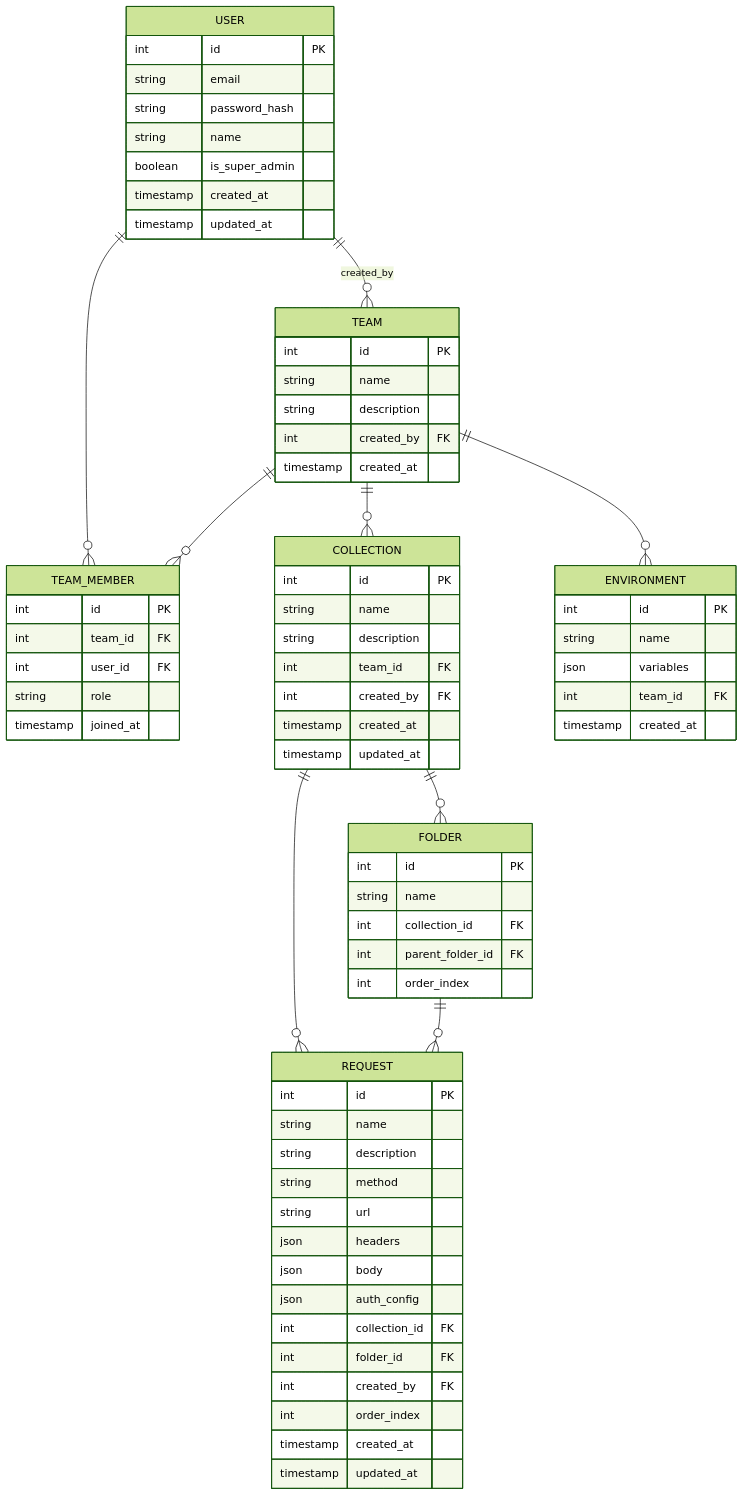
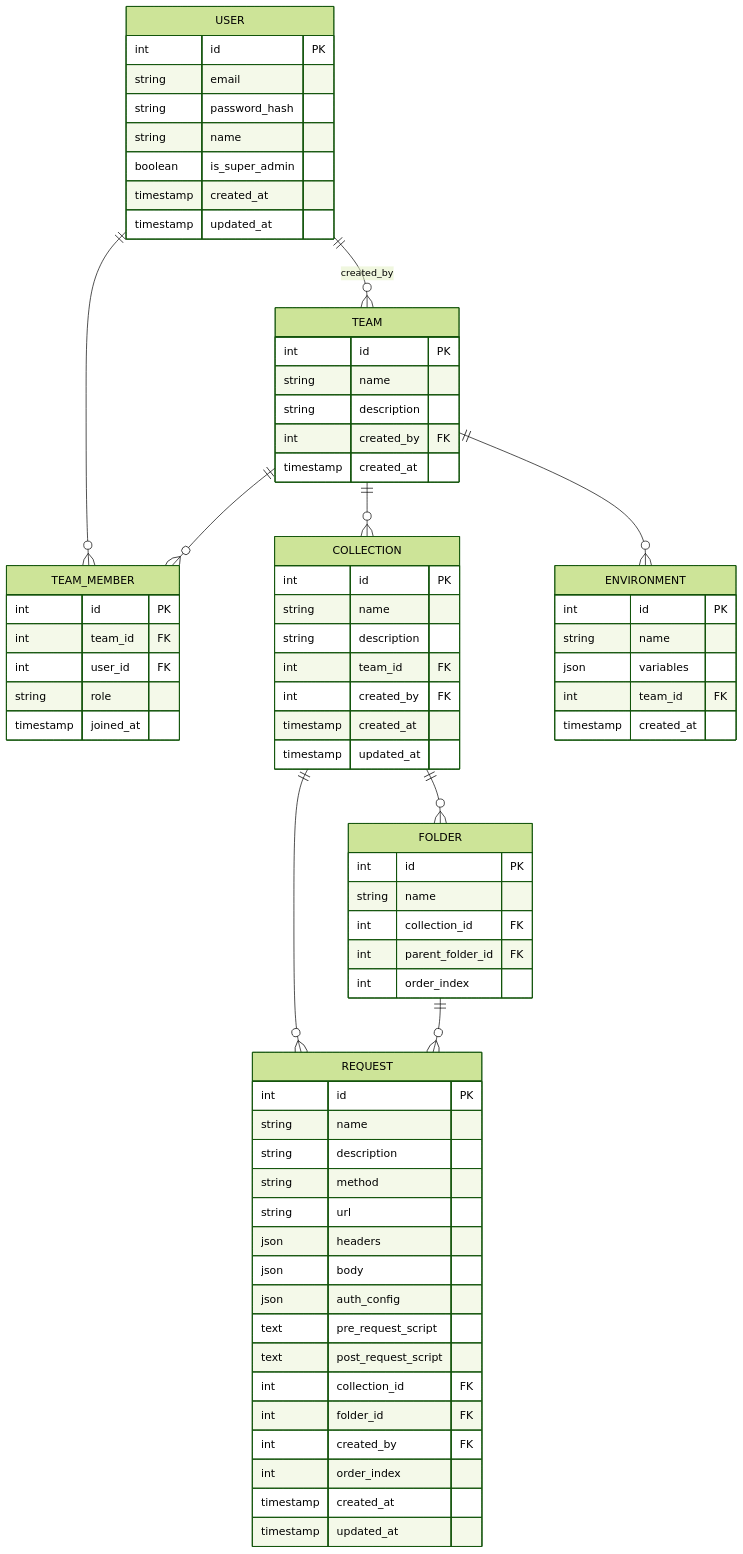
Before and after one commit to abdullahPrasetio/wapify: the second of 2 diagrams in docs/prd.md, drawn with Mermaid (forest theme). The commit also changed other lines of this file and 25 other files, not shown here.

````diff
--- a/docs/prd.md
+++ b/docs/prd.md
@@ -237,74 +241,76 @@
 ```mermaid
 erDiagram
     USER {
         int id PK
         string email
         string password_hash
         string name
         boolean is_super_admin
         timestamp created_at
         timestamp updated_at
     }
     TEAM {
         int id PK
         string name
         string description
         int created_by FK
         timestamp created_at
     }
     TEAM_MEMBER {
         int id PK
         int team_id FK
         int user_id FK
         string role
         timestamp joined_at
     }
     COLLECTION {
         int id PK
         string name
         string description
         int team_id FK
         int created_by FK
         timestamp created_at
         timestamp updated_at
     }
     FOLDER {
         int id PK
         string name
         int collection_id FK
         int parent_folder_id FK
         int order_index
     }
     REQUEST {
         int id PK
         string name
         string description
         string method
         string url
         json headers
         json body
         json auth_config
+        text pre_request_script
+        text post_request_script
         int collection_id FK
         int folder_id FK
         int created_by FK
         int order_index
         timestamp created_at
         timestamp updated_at
     }
     ENVIRONMENT {
         int id PK
         string name
         json variables
         int team_id FK
         timestamp created_at
     }
 
     USER ||--o{ TEAM_MEMBER : ""
     USER ||--o{ TEAM : "created_by"
     TEAM ||--o{ TEAM_MEMBER : ""
     TEAM ||--o{ COLLECTION : ""
     TEAM ||--o{ ENVIRONMENT : ""
     COLLECTION ||--o{ FOLDER : ""
     COLLECTION ||--o{ REQUEST : ""
     FOLDER ||--o{ REQUEST : ""
 ```
````
